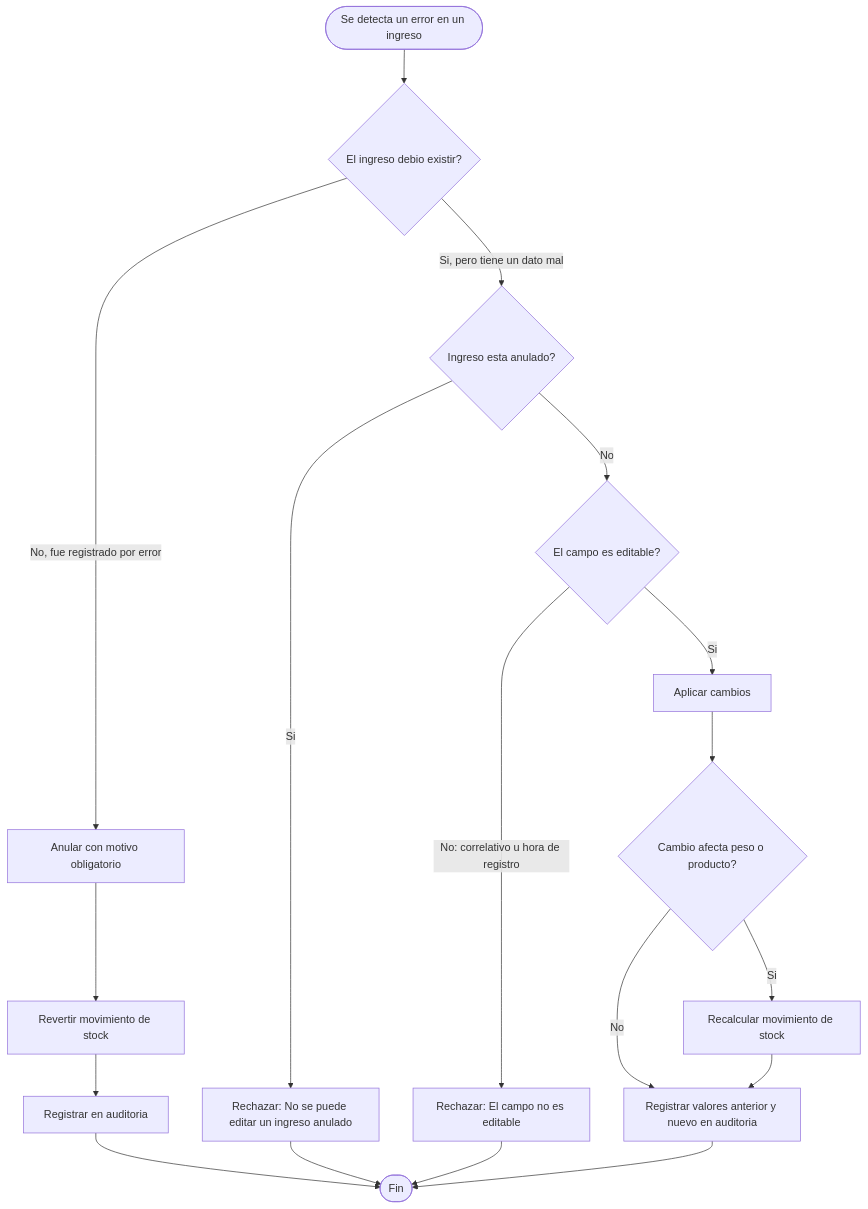
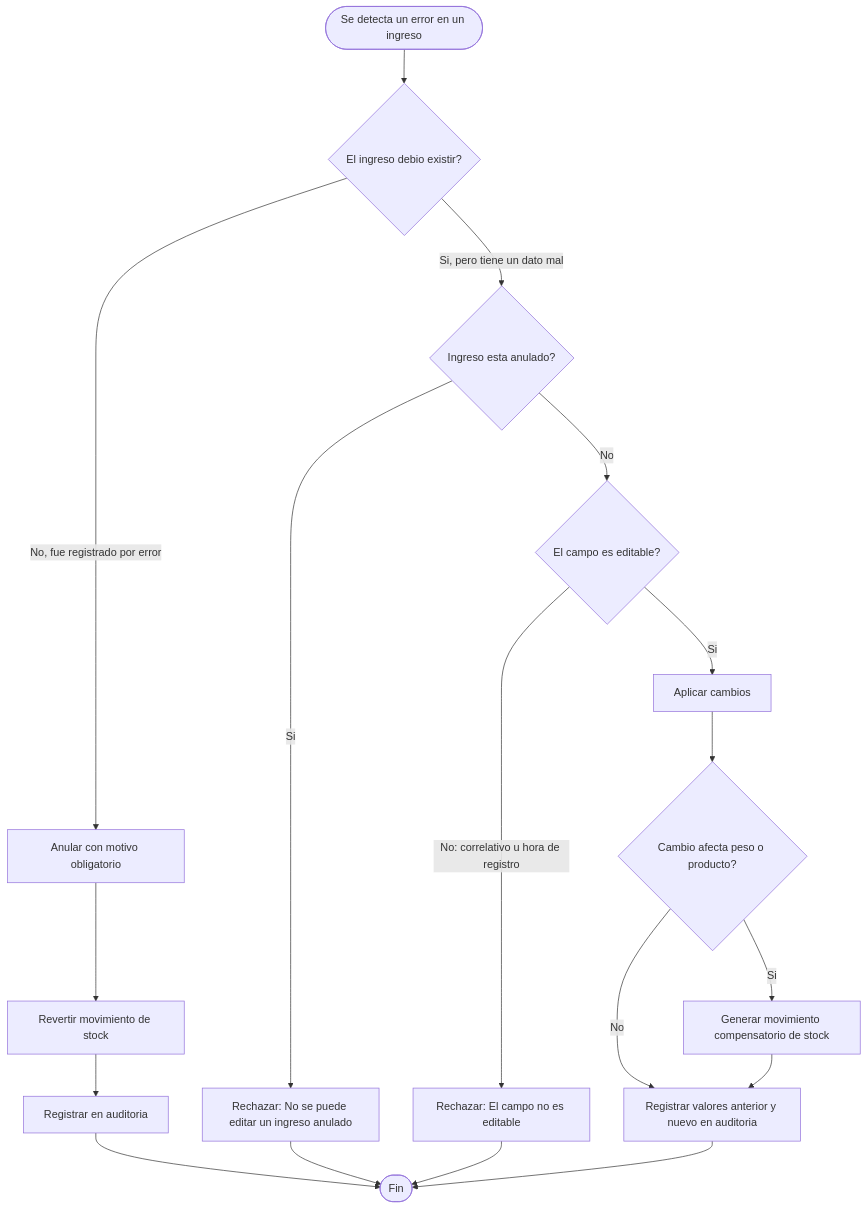
The second of 3 diagrams in docs/modulos/M03-ingresos/diagramas/actividades.md (adlerOmonte1/LogisticaMinera), drawn with Mermaid before and after one commit. The commit also changed 24 other files, not shown here.

````diff
--- a/docs/modulos/M03-ingresos/diagramas/actividades.md
+++ b/docs/modulos/M03-ingresos/diagramas/actividades.md
@@ -37,20 +37,20 @@
 ```mermaid
 flowchart TD
     Start([Se detecta un error en un ingreso]) --> D1{El ingreso debio existir?}
     D1 -->|No, fue registrado por error| AN[Anular con motivo obligatorio]
     AN --> AN1[Revertir movimiento de stock]
     AN1 --> AN2[Registrar en auditoria]
     AN2 --> Fin([Fin])
     D1 -->|Si, pero tiene un dato mal| D2{Ingreso esta anulado?}
     D2 -->|Si| E1[Rechazar: No se puede editar un ingreso anulado]
     E1 --> Fin
     D2 -->|No| D3{El campo es editable?}
     D3 -->|No: correlativo u hora de registro| E2[Rechazar: El campo no es editable]
     E2 --> Fin
     D3 -->|Si| ED[Aplicar cambios]
     ED --> D4{Cambio afecta peso o producto?}
-    D4 -->|Si| RC[Recalcular movimiento de stock]
+    D4 -->|Si| RC[Generar movimiento compensatorio de stock]
     D4 -->|No| AU[Registrar valores anterior y nuevo en auditoria]
     RC --> AU
     AU --> Fin
 ```
````
